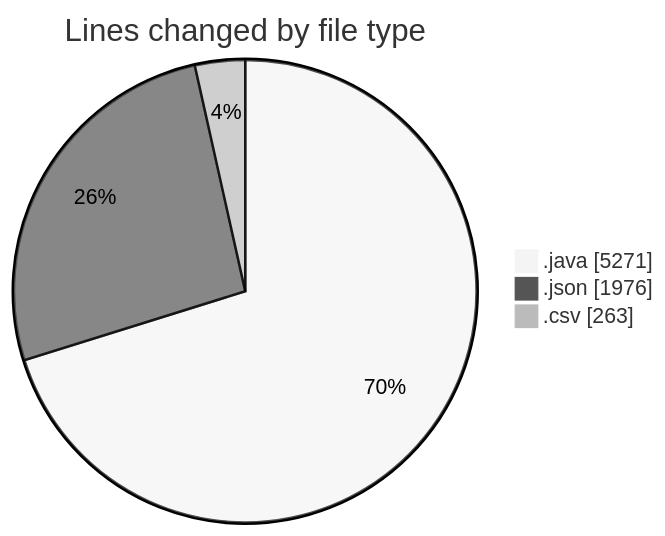
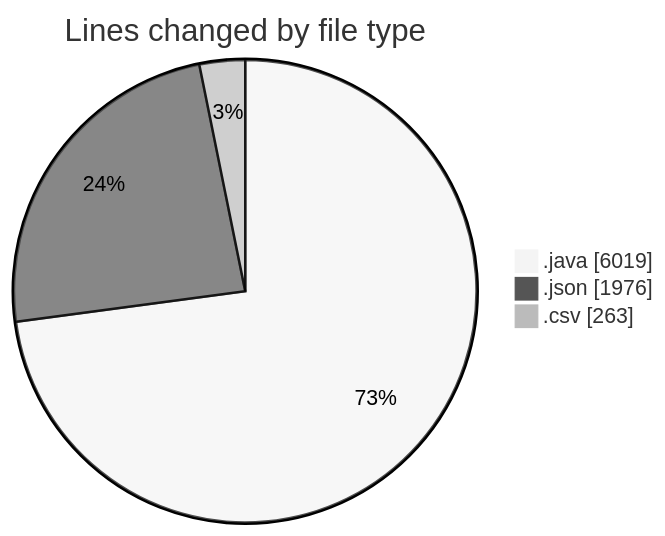
Before and after one commit to ricardozamudiocil/code-tracking: the first of 2 diagrams in 2026-02-24/cilapp/README.md, drawn with Mermaid (neutral theme). The commit also changed other lines of this file and 1 other file, not shown here.

````diff
--- a/2026-02-24/cilapp/README.md
+++ b/2026-02-24/cilapp/README.md
@@ -24,7 +25,7 @@
 ```mermaid
 pie showData
 title Lines changed by file type
-".java" : 5271
+".java" : 6019
 ".json" : 1976
 ".csv" : 263
 ```
````
